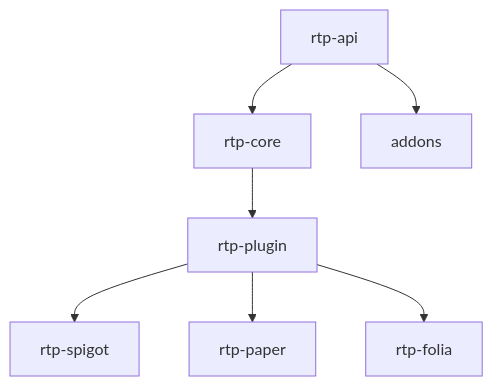
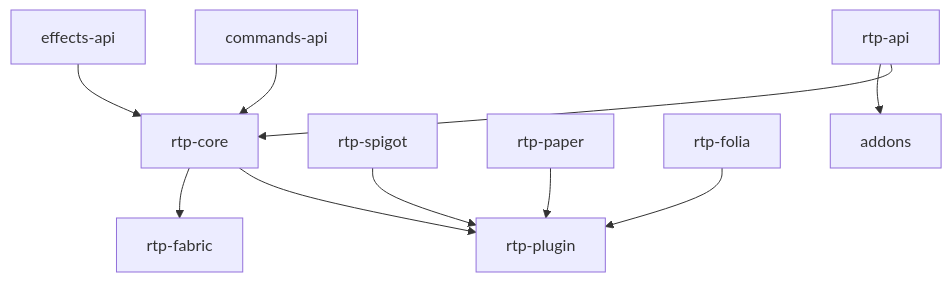
Before and after one commit to DailyStruggle/RTP: the diagram in docs/dev/ARCHITECTURE.md, drawn with Mermaid. The commit also changed other lines of this file and 91 other files, not shown here.

````diff
--- a/docs/dev/ARCHITECTURE.md
+++ b/docs/dev/ARCHITECTURE.md
@@ -31,9 +37,12 @@
 ```mermaid
 graph TD
     rtp-api --> rtp-core
+    commands-api --> rtp-core
+    effects-api --> rtp-core
     rtp-core --> rtp-plugin
-    rtp-plugin --> rtp-spigot
-    rtp-plugin --> rtp-paper
-    rtp-plugin --> rtp-folia
+    rtp-spigot --> rtp-plugin
+    rtp-paper --> rtp-plugin
+    rtp-folia --> rtp-plugin
+    rtp-core --> rtp-fabric
     rtp-api --> addons
 ```
````
